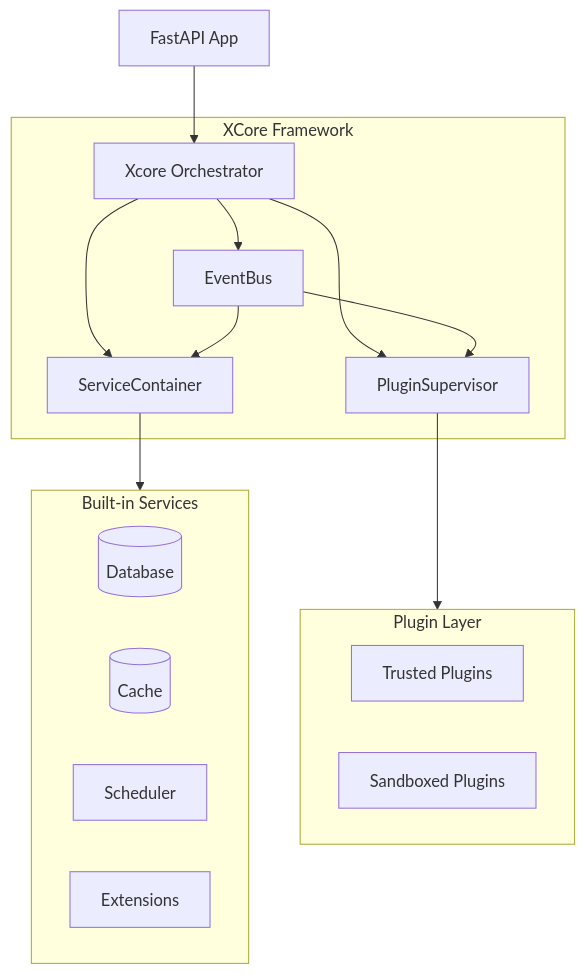
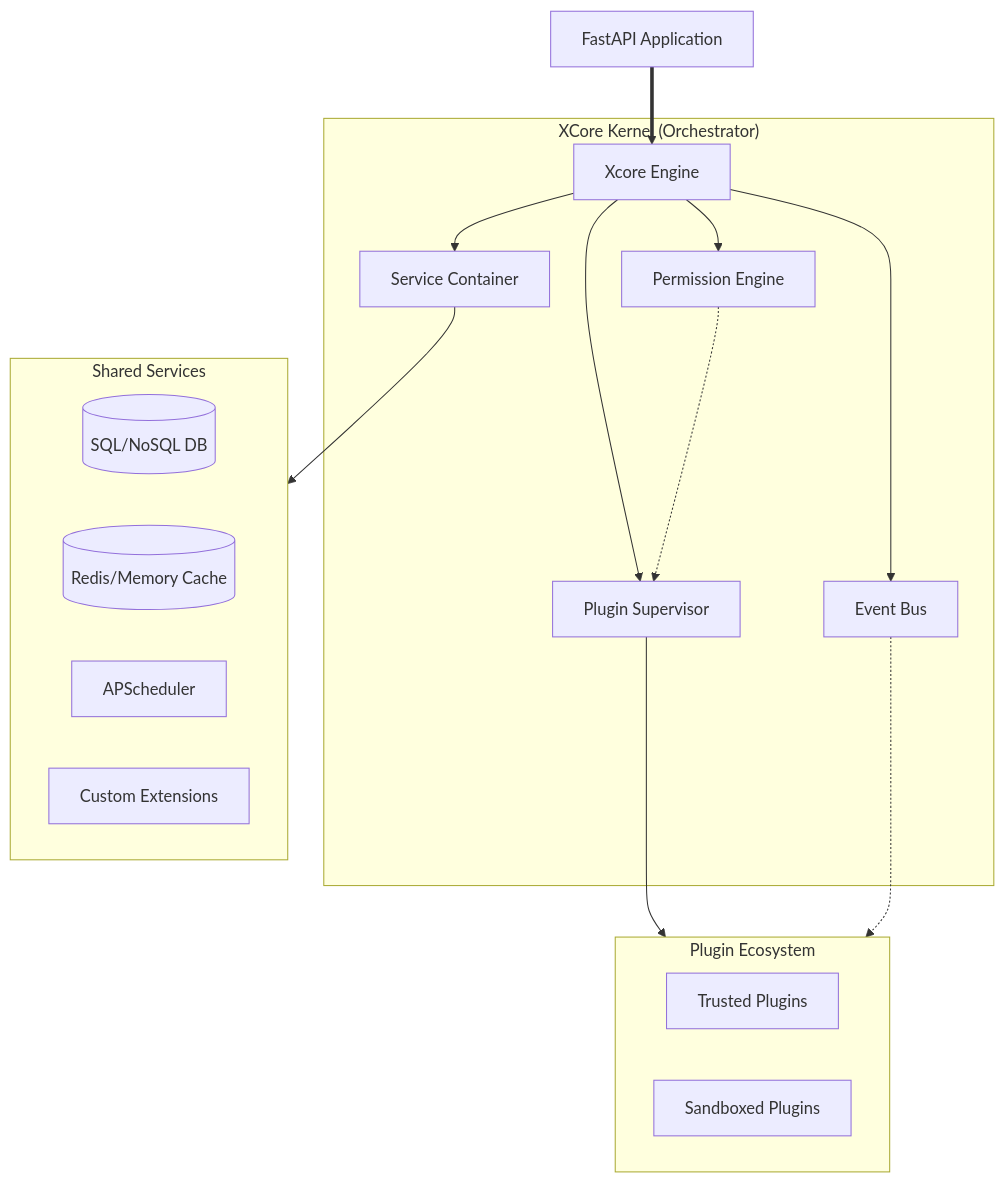
Before and after one commit to traoreera/xcore: the diagram in doc/index.md, drawn with Mermaid. The commit also changed other lines of this file and 92 other files, not shown here.

````diff
--- a/doc/index.md
+++ b/doc/index.md
@@ -43,31 +44,34 @@
 ```mermaid
 graph TB
-    subgraph XCore["XCore Framework"]
-        X[Xcore Orchestrator]
-        SC[ServiceContainer]
-        PS[PluginSupervisor]
-        EB[EventBus]
+    subgraph XCore_Kernel["XCore Kernel (Orchestrator)"]
+        X[Xcore Engine]
+        SC[Service Container]
+        PS[Plugin Supervisor]
+        EB[Event Bus]
+        PE[Permission Engine]
     end
 
-    subgraph Services["Built-in Services"]
-        DB[(Database)]
-        CACHE[(Cache)]
-        SCHED[Scheduler]
-        EXT[Extensions]
+    subgraph Infrastructure["Shared Services"]
+        DB[(SQL/NoSQL DB)]
+        CACHE[(Redis/Memory Cache)]
+        SCHED[APScheduler]
+        EXT[Custom Extensions]
     end
 
-    subgraph Plugins["Plugin Layer"]
+    subgraph Plugin_Layer["Plugin Ecosystem"]
+        direction LR
         T[Trusted Plugins]
         S[Sandboxed Plugins]
     end
 
     X --> SC
     X --> PS
     X --> EB
-    SC --> Services
-    PS --> Plugins
-    EB --> PS
-    EB --> SC
+    X --> PE
+    SC --> Infrastructure
+    PS --> Plugin_Layer
+    EB -.-> Plugin_Layer
+    PE -.-> PS
 
-    FA[FastAPI App] --> X
+    FA[FastAPI Application] ==> X
 ```
````
